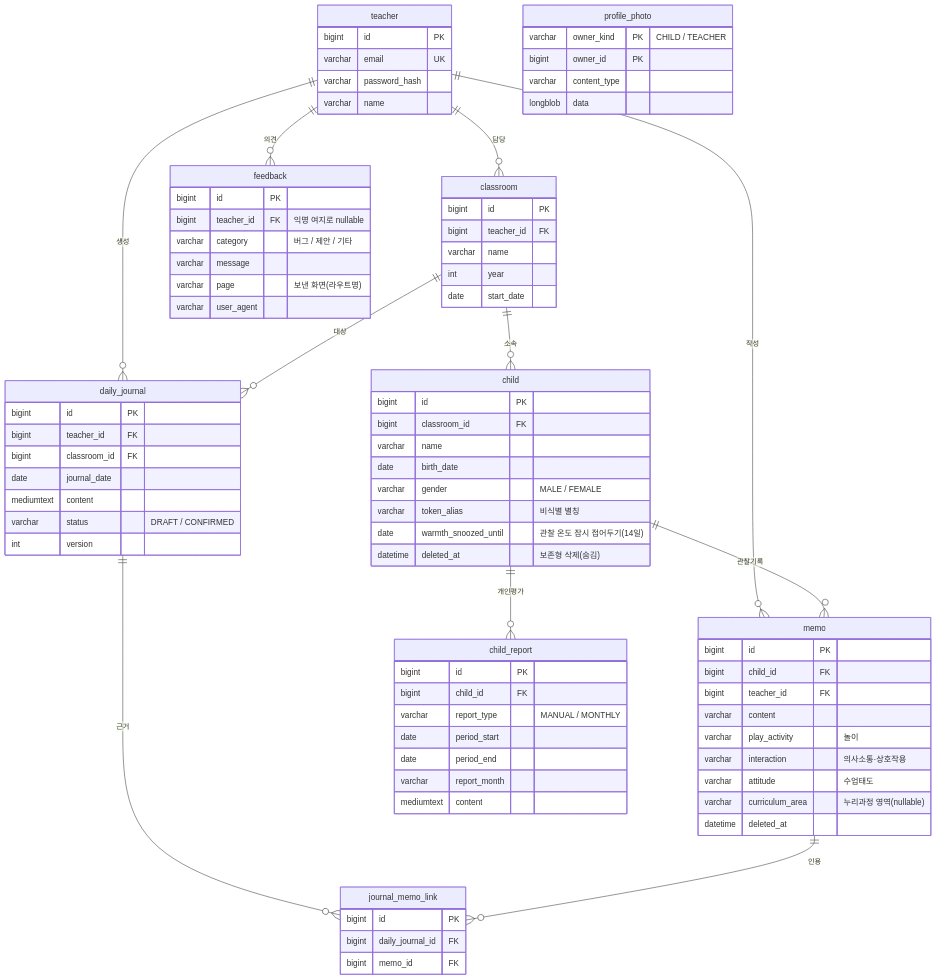
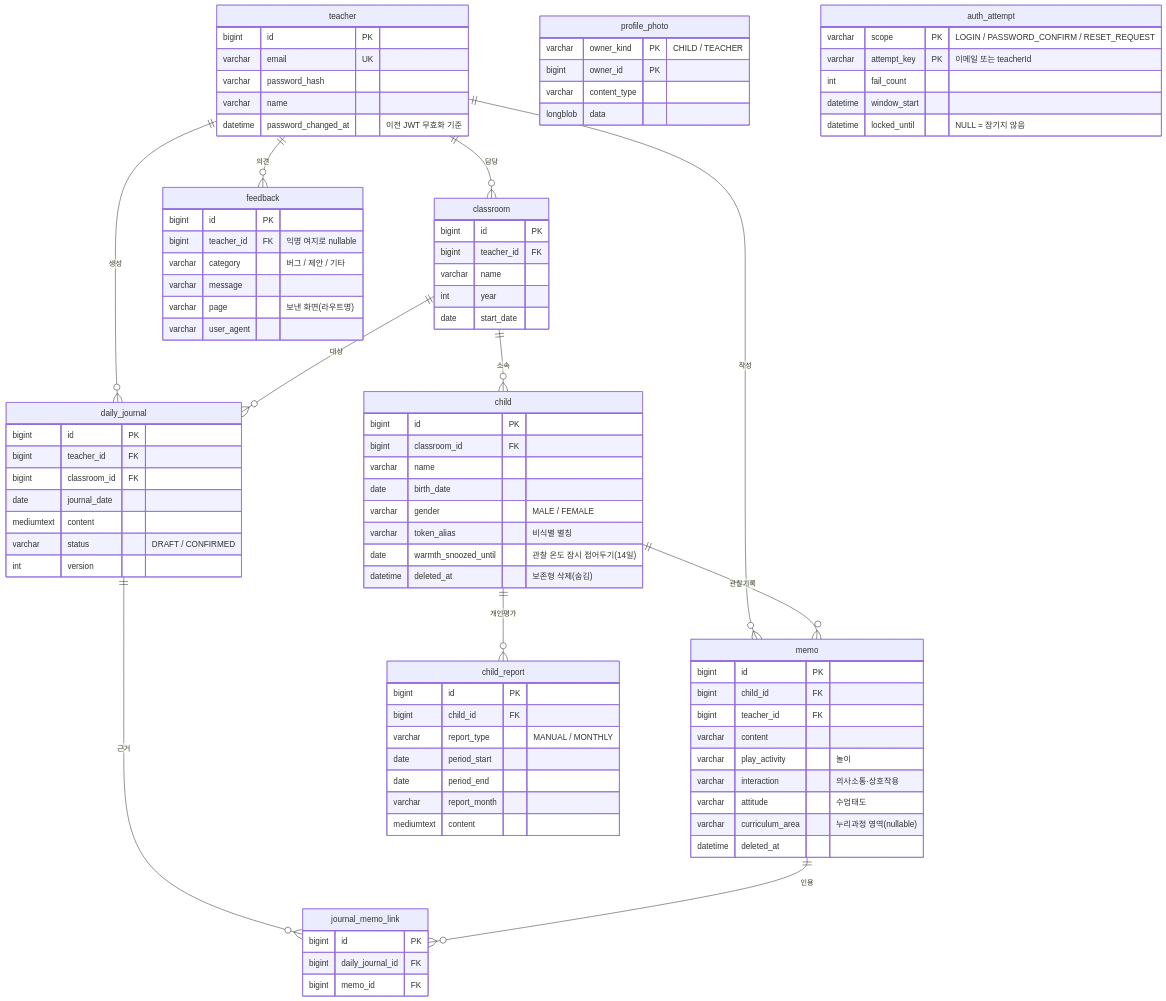
One commit to dahyunhub/ondo changed the diagram in README.md. Above: the diagram before and after it, drawn with Mermaid. The commit also changed other lines of this file, not shown here.

First line of the commit message:
docs(readme): 계정 보호(JWT 무효화·시도 제한)·복합 인덱스 반영

````diff
--- a/README.md
+++ b/README.md
@@ -278,6 +281,7 @@
         varchar email UK
         varchar password_hash
         varchar name
+        datetime password_changed_at "이전 JWT 무효화 기준"
     }
     classroom {
         bigint id PK
@@ -344,4 +348,11 @@
         varchar page "보낸 화면(라우트명)"
         varchar user_agent
     }
+    auth_attempt {
+        varchar scope PK "LOGIN / PASSWORD_CONFIRM / RESET_REQUEST"
+        varchar attempt_key PK "이메일 또는 teacherId"
+        int fail_count
+        datetime window_start
+        datetime locked_until "NULL = 잠기지 않음"
+    }
 ```
````
